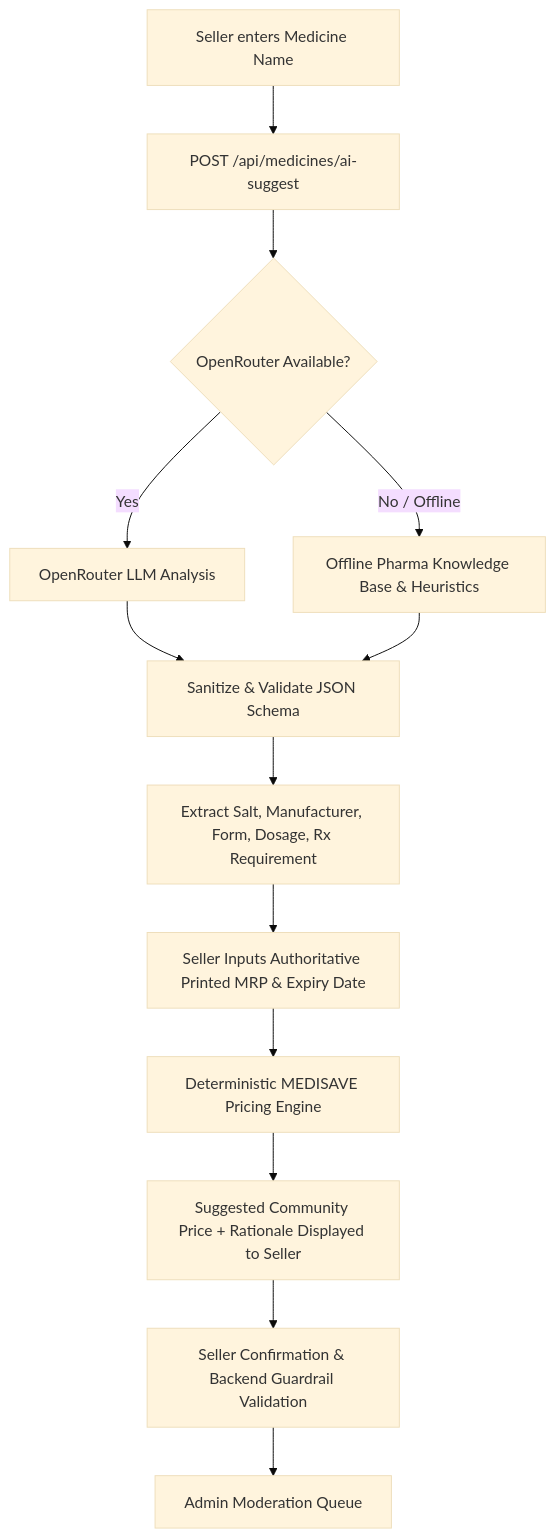
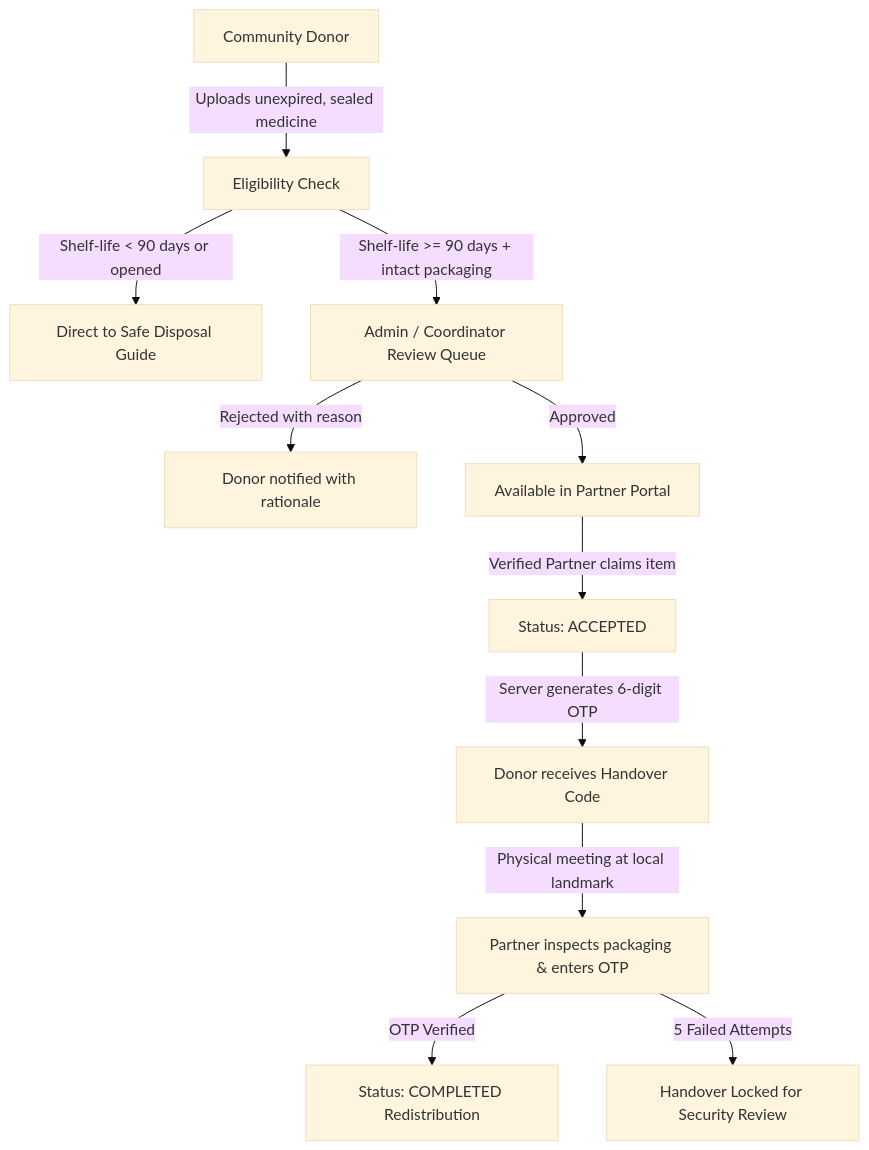
Before and after one commit to Vidyang07/medisave: the first of 2 diagrams in README.md, drawn with Mermaid (base theme). The commit also changed other lines of this file and 39 other files, not shown here.

````diff
--- a/README.md
+++ b/README.md
@@ -134,15 +65,13 @@
 ```mermaid
 flowchart TD
-    A[Seller enters Medicine Name] --> B[POST /api/medicines/ai-suggest]
-    B --> C{OpenRouter Available?}
-    C -- Yes --> D[OpenRouter LLM Analysis]
-    C -- No / Offline --> E[Offline Pharma Knowledge Base & Heuristics]
-    D --> F[Sanitize & Validate JSON Schema]
-    E --> F
-    F --> G[Extract Salt, Manufacturer, Form, Dosage, Rx Requirement]
-    G --> H[Seller Inputs Authoritative Printed MRP & Expiry Date]
-    H --> I[Deterministic MEDISAVE Pricing Engine]
-    I --> J[Suggested Community Price + Rationale Displayed to Seller]
-    J --> K[Seller Confirmation & Backend Guardrail Validation]
-    K --> L[Admin Moderation Queue]
+    A[Community Donor] -->|Uploads unexpired, sealed medicine| B[Eligibility Check]
+    B -->|Shelf-life < 90 days or opened| C[Direct to Safe Disposal Guide]
+    B -->|Shelf-life >= 90 days + intact packaging| D[Admin / Coordinator Review Queue]
+    D -->|Rejected with reason| E[Donor notified with rationale]
+    D -->|Approved| F[Available in Partner Portal]
+    F -->|Verified Partner claims item| G[Status: ACCEPTED]
+    G -->|Server generates 6-digit OTP| H[Donor receives Handover Code]
+    H -->|Physical meeting at local landmark| I[Partner inspects packaging & enters OTP]
+    I -->|OTP Verified| J[Status: COMPLETED Redistribution]
+    I -->|5 Failed Attempts| K[Handover Locked for Security Review]
 ```
````
